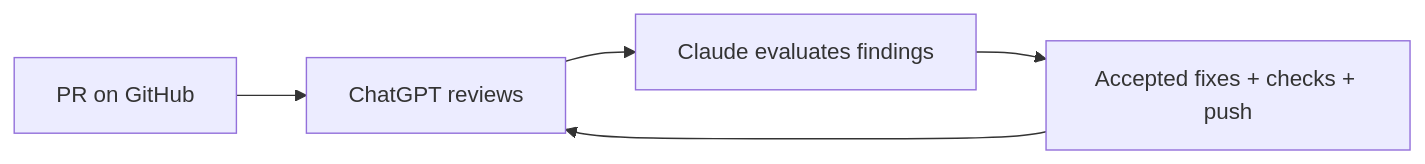
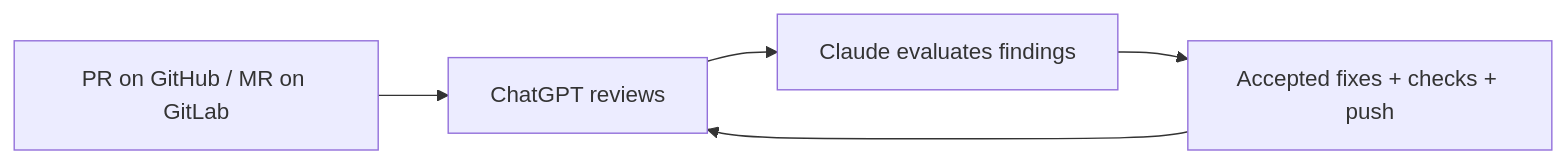
One commit to jbeirer/lxreview changed the diagram in README.md. Above: the diagram before and after it, drawn with Mermaid. The commit also changed other lines of this file and 19 other files, not shown here.

Commit message:
Review GitLab merge requests in public projects

````diff
--- a/README.md
+++ b/README.md
@@ -17,7 +17,7 @@
 ```mermaid
 flowchart LR
-    PR[PR on GitHub] --> Review[ChatGPT reviews]
+    PR[PR on GitHub / MR on GitLab] --> Review[ChatGPT reviews]
     Review --> Evaluate[Claude evaluates findings]
     Evaluate --> Fix[Accepted fixes + checks + push]
     Fix --> Review
 ```
````
